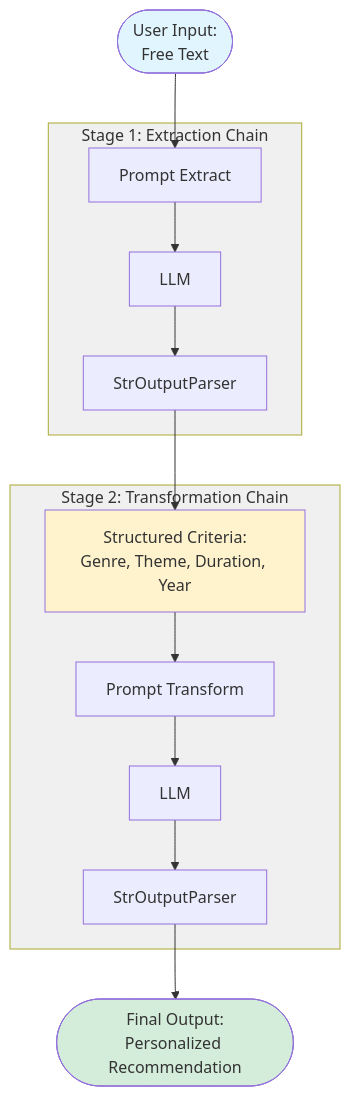
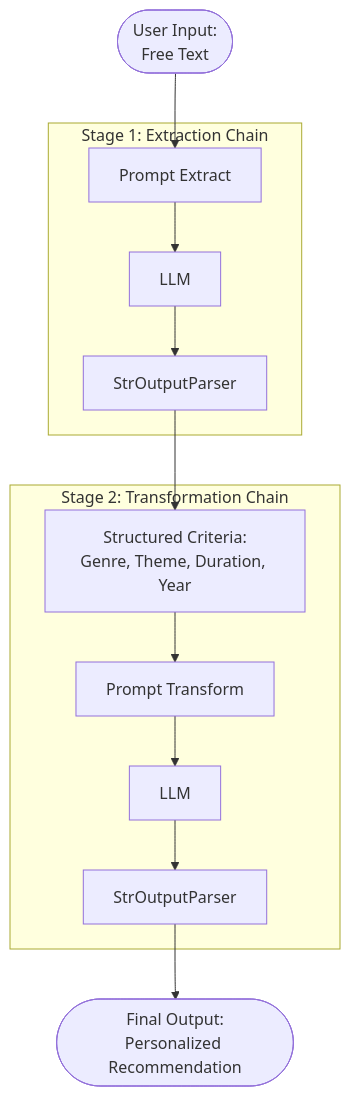
Before and after one commit to joycesaquino/agentic-design-patterns: the diagram in prompt_chaining/prompt_chaining.md, drawn with Mermaid. The commit also changed other lines of this file, not shown here.

````diff
--- a/prompt_chaining/prompt_chaining.md
+++ b/prompt_chaining/prompt_chaining.md
@@ -41,25 +40,19 @@
 ```mermaid
 flowchart TD
     Start([User Input:<br/>Free Text]) --> Extract
     
     subgraph Stage1 [Stage 1: Extraction Chain]
         Extract[Prompt Extract] --> LLM1[LLM]
         LLM1 --> Parser1[StrOutputParser]
     end
     
     Parser1 --> Criteria[Structured Criteria:<br/>Genre, Theme, Duration, Year]
     
     subgraph Stage2 [Stage 2: Transformation Chain]
         Criteria --> Transform[Prompt Transform]
         Transform --> LLM2[LLM]
         LLM2 --> Parser2[StrOutputParser]
     end
     
     Parser2 --> End([Final Output:<br/>Personalized Recommendation])
-    
-    style Start fill:#e1f5ff
-    style Criteria fill:#fff3cd
-    style End fill:#d4edda
-    style Stage1 fill:#f0f0f0
-    style Stage2 fill:#f0f0f0
 ```
````
